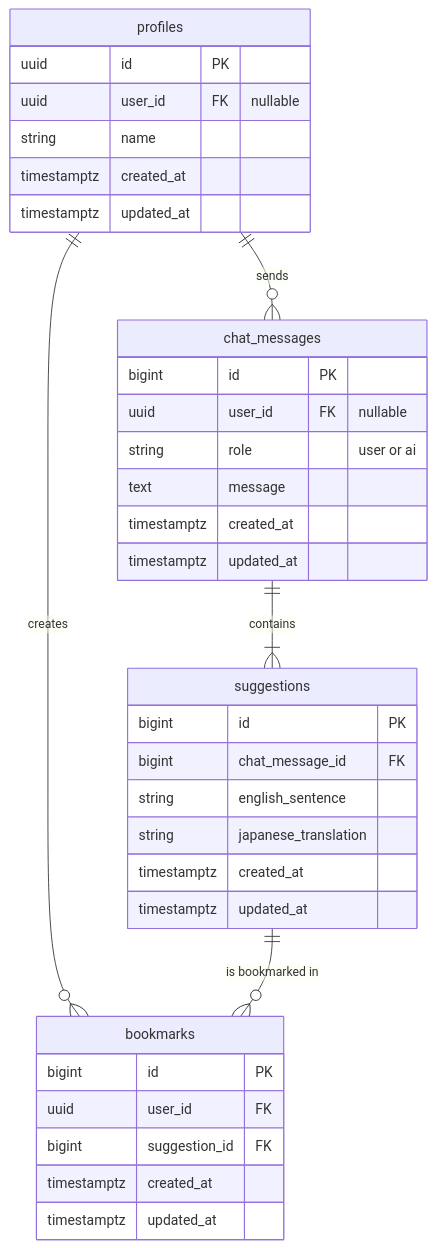
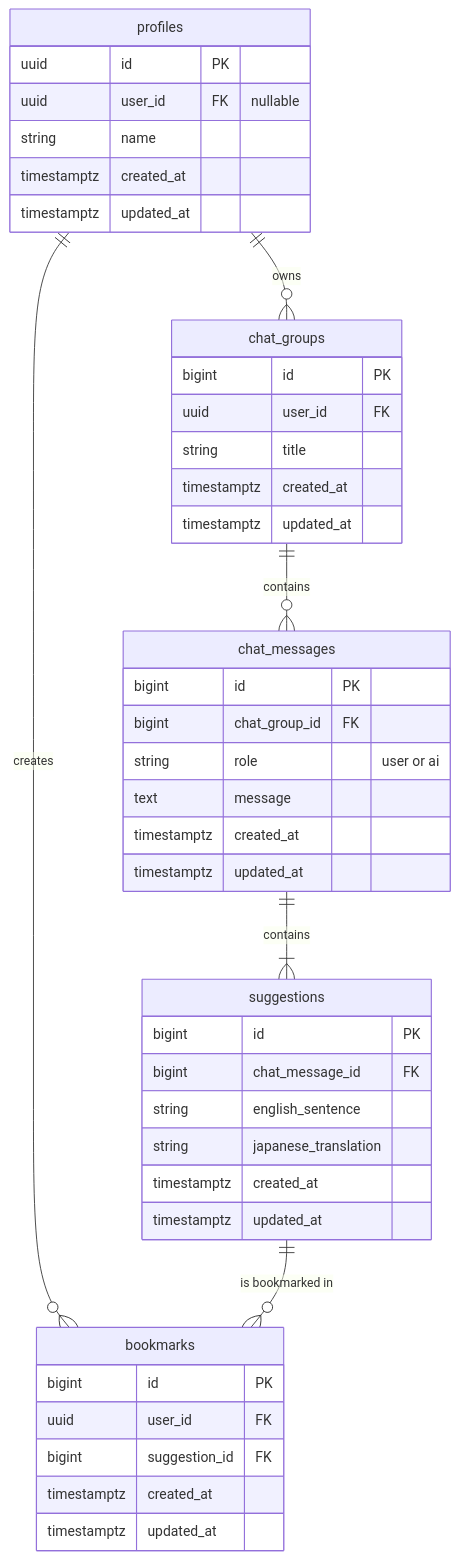
Before and after one commit to issiyda/practice-english-chat: the diagram in documents/DB設計書.md, drawn with Mermaid. The commit also changed other lines of this file and 2 other files, not shown here.

````diff
--- a/documents/DB設計書.md
+++ b/documents/DB設計書.md
@@ -14,41 +14,50 @@
 ```mermaid
 erDiagram
-    profiles ||--o{ chat_messages : "sends"
+    profiles ||--o{ chat_groups : "owns"
+    chat_groups ||--o{ chat_messages : "contains"
     profiles ||--o{ bookmarks : "creates"
     chat_messages ||--|{ suggestions : "contains"
     suggestions ||--o{ bookmarks : "is bookmarked in"
 
     profiles {
         uuid id PK
         uuid user_id FK "nullable"
         string name
         timestamptz created_at
         timestamptz updated_at
     }
 
+    chat_groups {
+        bigint id PK
+        uuid user_id FK
+        string title
+        timestamptz created_at
+        timestamptz updated_at
+    }
+
     chat_messages {
         bigint id PK
-        uuid user_id FK "nullable"
+        bigint chat_group_id FK
         string role "user or ai"
         text message
         timestamptz created_at
         timestamptz updated_at
     }
 
     suggestions {
         bigint id PK
         bigint chat_message_id FK
         string english_sentence
         string japanese_translation
         timestamptz created_at
         timestamptz updated_at
     }
 
     bookmarks {
         bigint id PK
         uuid user_id FK
         bigint suggestion_id FK
         timestamptz created_at
         timestamptz updated_at
     }
 ```
````
